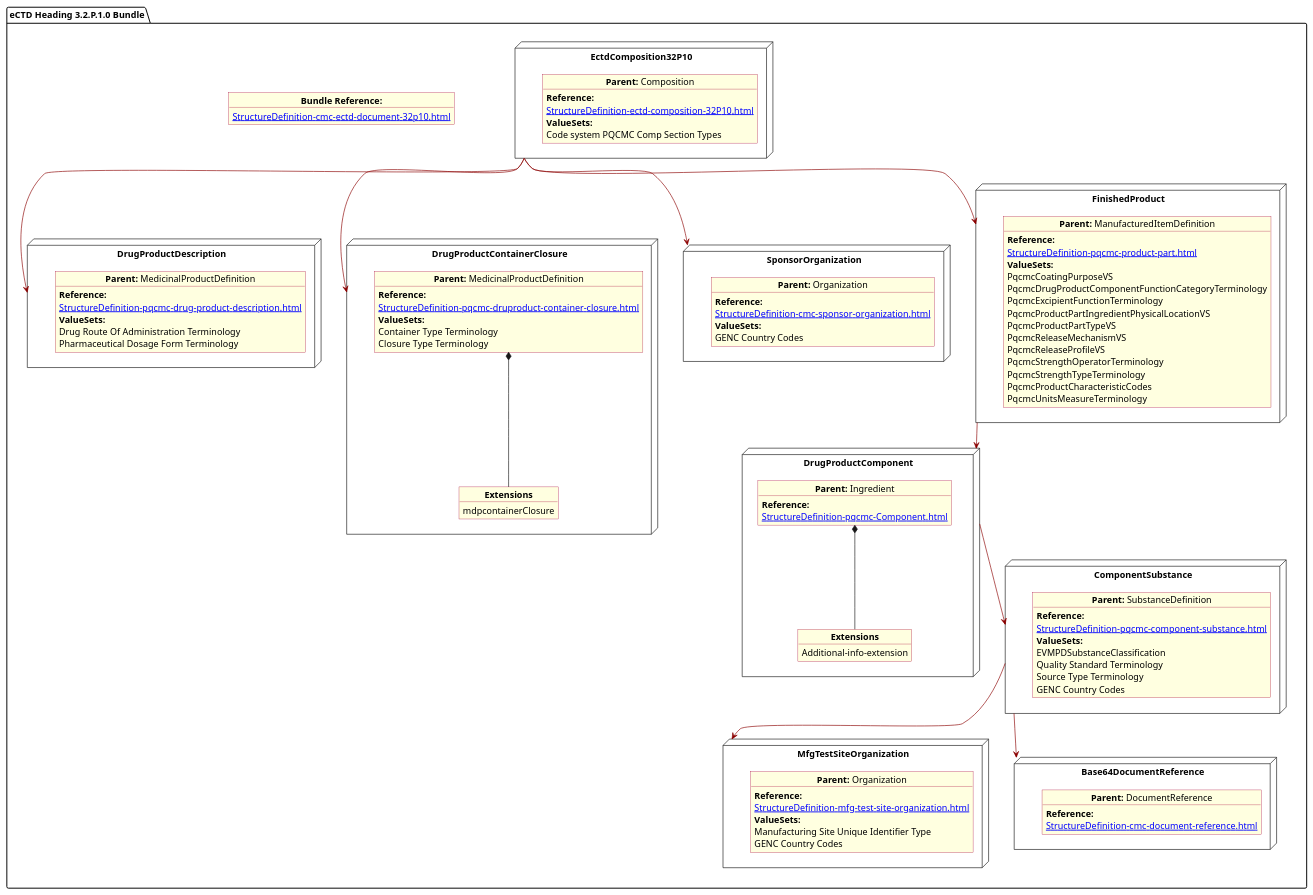
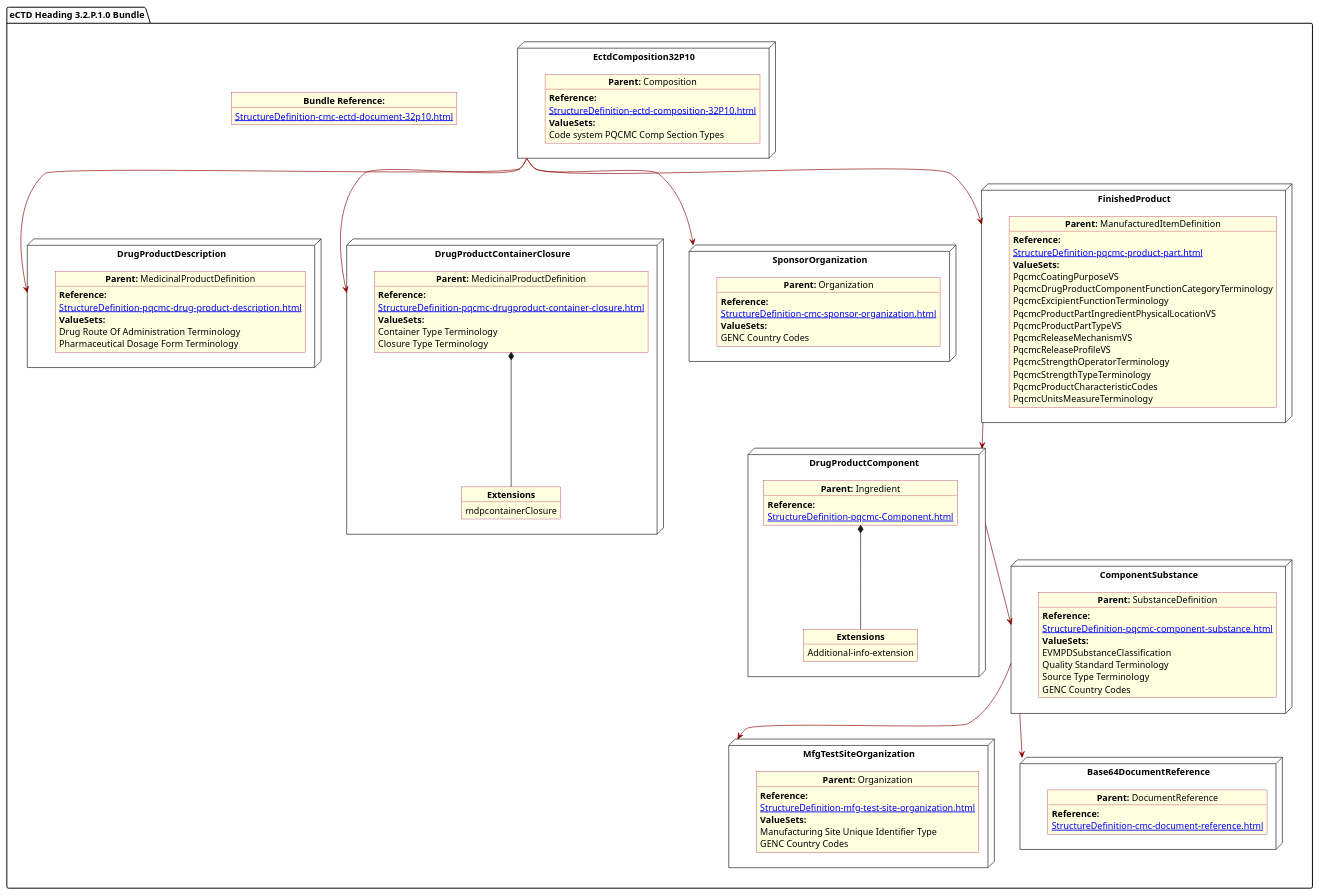
Before and after one commit to HL7/FHIR-us-pq-cmc-fda: the diagram in input/images-source/ProdDesComp.plantuml, drawn with PlantUML. The commit also changed 13 other files, not shown here.

```diff
--- a/input/images-source/ProdDesComp.plantuml
+++ b/input/images-source/ProdDesComp.plantuml
@@ -1,121 +1,119 @@
 @startuml ProdDesComp
 allowmixing
 'Mixed model of use case and object
 skinparam svgDimensionStyle false
 skinparam ObjectBackgroundColor LightYellow
 skinparam ObjectBorderColor #A80036
 skinparam activityDiamondBorderColor #A80036
 skinparam activityDiamondBackgroundColor lawnGreen
 skinparam ClassBorderThickness 4
 
 package "eCTD Heading 3.2.P.1.0 Bundle" as NODES {
 object "**Bundle Reference:**" as objbun {
               [[StructureDefinition-cmc-ectd-document-32p10.html]]
     }  
   node "DrugProductDescription" as N2 { 
       object "**Parent:** MedicinalProductDefinition" as obj2 {
          **Reference:**
       [[StructureDefinition-pqcmc-drug-product-description.html]]
         **ValueSets:**
         Drug Route Of Administration Terminology
         Pharmaceutical Dosage Form Terminology
     }
 }
   node "EctdComposition32P10" as N1 { 
       object "**Parent:** Composition" as obj1 {
          **Reference:**
       [[StructureDefinition-ectd-composition-32P10.html]]
       **ValueSets:**
   Code system PQCMC Comp Section Types
     }   
 }
 node "DrugProductContainerClosure" as N21 { 
       object "**Parent:** MedicinalProductDefinition" as obj22 {
         **Reference:**
-      [[StructureDefinition-pqcmc-druproduct-container-closure.html]]
+      [[StructureDefinition-pqcmc-drugproduct-container-closure.html]]
         **ValueSets:**
         Container Type Terminology
         Closure Type Terminology
     }
     object "**Extensions**" as objEx {
         mdpcontainerClosure
     }
     obj22 *-- objEx
 }
 
 node "SponsorOrganization" as NSO { 
       object "**Parent:** Organization" as objAu {
          **Reference:**
       [[StructureDefinition-cmc-sponsor-organization.html]]
         **ValueSets:**
         GENC Country Codes
     }
 }
 node "FinishedProduct"as MID {
 object "**Parent:** ManufacturedItemDefinition" as objMID { 
          **Reference:**
       [[StructureDefinition-pqcmc-product-part.html]]
       **ValueSets:**
       PqcmcCoatingPurposeVS
       PqcmcDrugProductComponentFunctionCategoryTerminology
       PqcmcExcipientFunctionTerminology
       PqcmcProductPartIngredientPhysicalLocationVS
       PqcmcProductPartTypeVS
       PqcmcReleaseMechanismVS
       PqcmcReleaseProfileVS
       PqcmcStrengthOperatorTerminology
       PqcmcStrengthTypeTerminology
       PqcmcProductCharacteristicCodes
       PqcmcUnitsMeasureTerminology
       }
 }
 node "MfgTestSiteOrganization" as NMFG { 
       object "**Parent:** Organization" as objDP {
            **Reference:**
       [[StructureDefinition-mfg-test-site-organization.html]]
          **ValueSets:**
         Manufacturing Site Unique Identifier Type
 	    GENC Country Codes
     }
 }
 
 node "DrugProductComponent" as NN { 
       object "**Parent:** Ingredient" as obj3 {
            **Reference:**
       [[StructureDefinition-pqcmc-Component.html]]
       }
       object "**Extensions**" as objExs {
         Additional-info-extension
     }
     obj3 *-- objExs
 }
 
 node "ComponentSubstance" as NCS { 
       object "**Parent:** SubstanceDefinition" as objSubDef {
            **Reference:**
       [[StructureDefinition-pqcmc-component-substance.html]]
         **ValueSets:**
         EVMPDSubstanceClassification
         Quality Standard Terminology
         Source Type Terminology
         GENC Country Codes
     }
 }
 node "Base64DocumentReference" as NB64 { 
       object "**Parent:** DocumentReference"  as obj64 {  
        **Reference:**
       [[StructureDefinition-cmc-document-reference.html]] 
     }   
 }
 
-
-
 N1 -[#darkred]-> N2
 N1 -[#darkred]-> MID
 N1 -[#darkred]-> NSO
 N1 -[#darkred]-> N21
 MID -[#darkred]-> NN
 NCS -[#darkred]-> NMFG
 NN -[#darkred]-> NCS
 NCS -[#darkred]-> NB64
 @enduml
```
